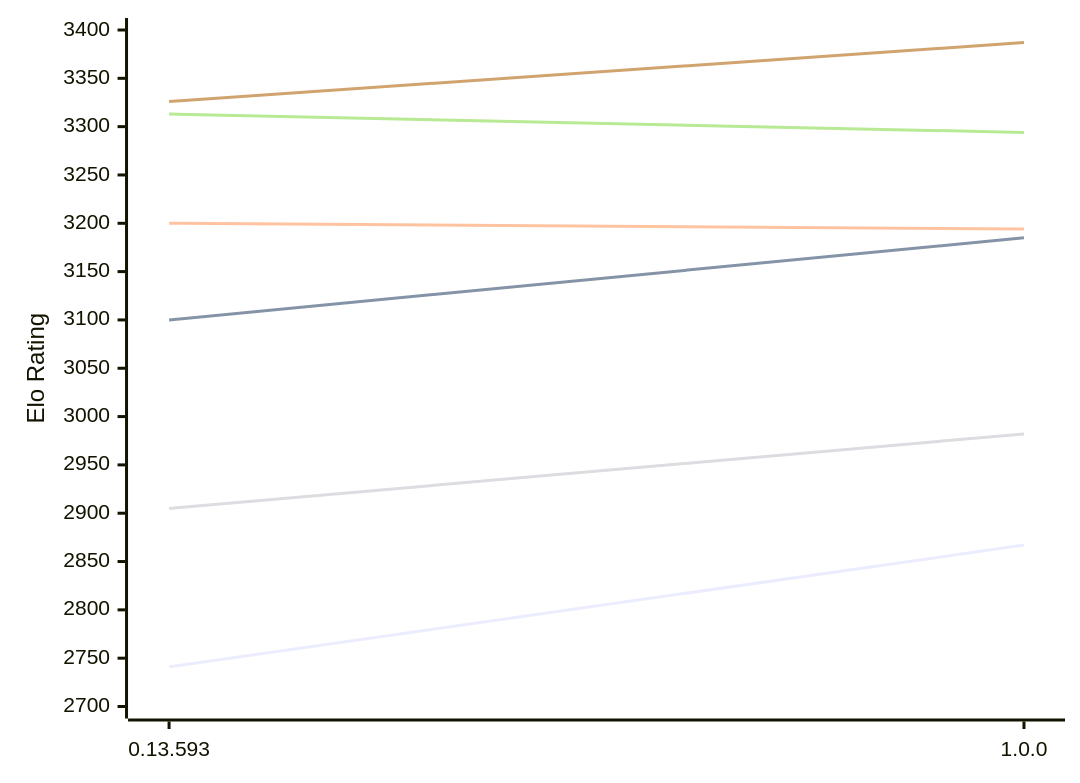
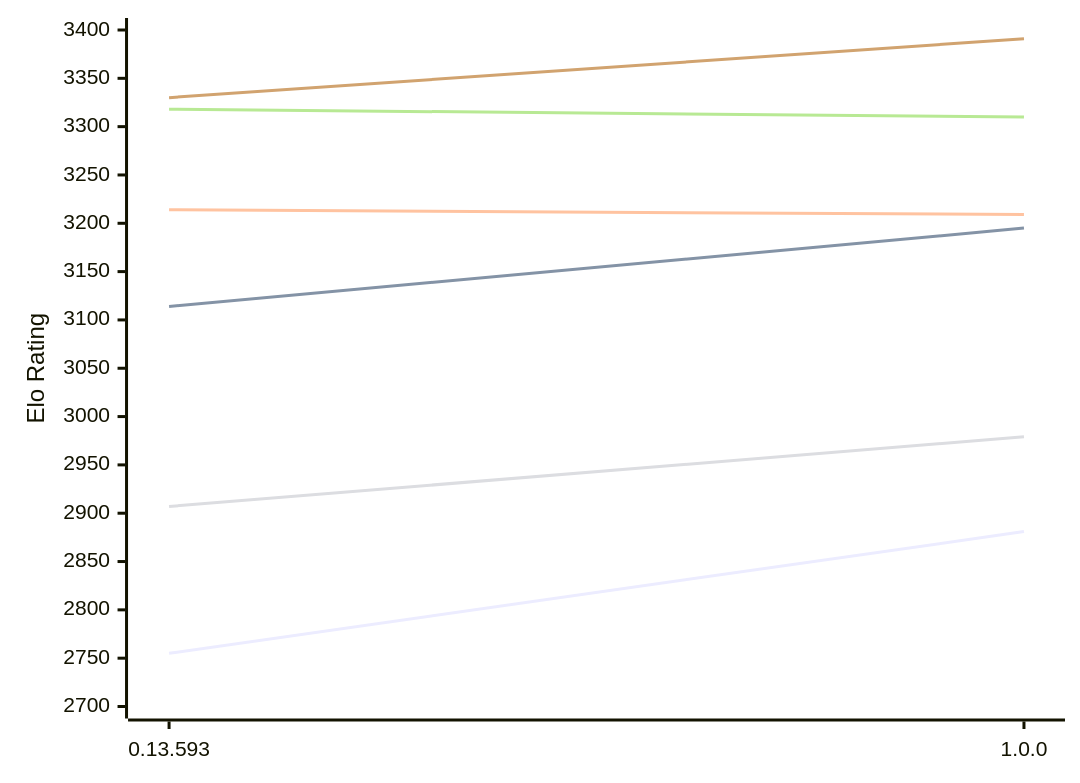
The diagram in engines/Pawnstar.md (computer-chess-index/cci), drawn with Mermaid before and after one commit. The commit also changed other lines of this file, not shown here.

Commit message:
Update CCI Ratings (ELO VLTC) - 2026-10-22

````diff
--- a/engines/Pawnstar.md
+++ b/engines/Pawnstar.md
@@ -49,12 +49,12 @@
 ```mermaid
 %%{init: {"theme":"base","themeVariables":{"seriesColors:['#a3a3a3','#222221','#faa371']}}}%%
 xychart-beta
   x-axis ["0.13.593", "1.0.0"]
   y-axis "Elo Rating" 2700 --> 3400
-  line "E1: STC (8.0+0.08s)" [2741, 2867]
-  line "E1: LTC (60.0+0.60s)" [3100, 3185]
-  line "E1: VLTC (2m24s+1.12s)" [3200, 3194]
-  line "P1: STC (8.0+0.08s)" [2905, 2982]
-  line "P1: LTC (60.0+0.60s)" [3313, 3294]
-  line "P1: VLTC (2m24s+1.12s)" [3326, 3387]
+  line "E1: STC (8.0+0.08s)" [2755, 2881]
+  line "E1: LTC (60.0+0.60s)" [3114, 3195]
+  line "E1: VLTC (2m24s+1.12s)" [3214, 3209]
+  line "P1: STC (8.0+0.08s)" [2907, 2979]
+  line "P1: LTC (60.0+0.60s)" [3318, 3310]
+  line "P1: VLTC (2m24s+1.12s)" [3330, 3391]
 ```
````
